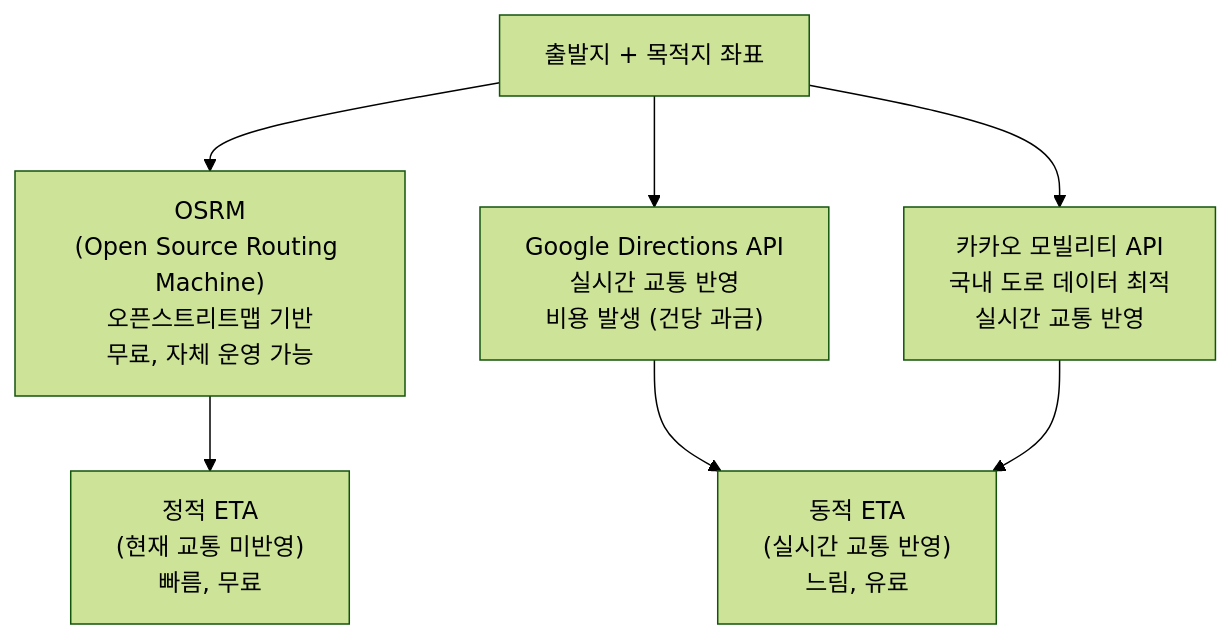
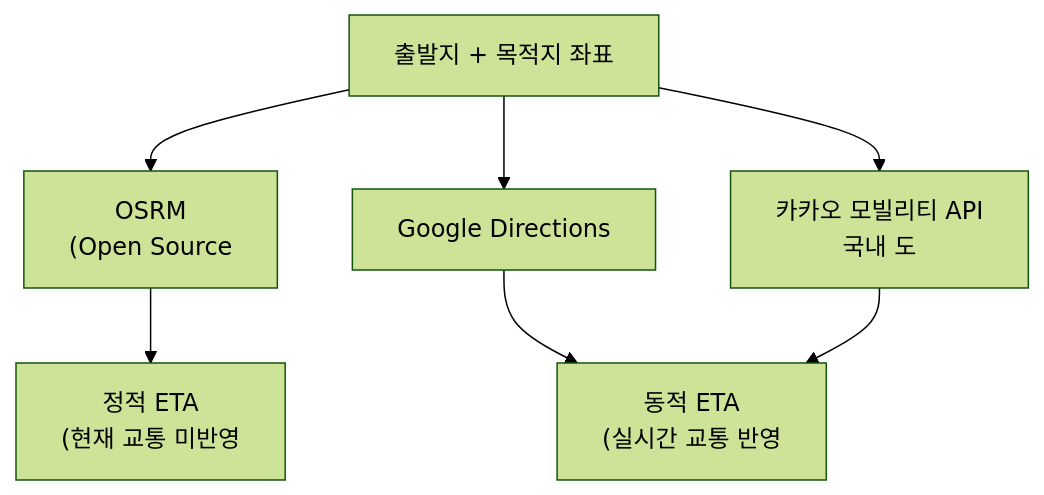
One commit to yjkim2015/yjkim2015.github.io changed the seventh of 9 diagrams in _posts/systemdesign/2026-05-03-system-design-location.md. Above: the diagram before and after it, drawn with Mermaid (forest theme). The commit also changed other lines of this file and 271 other files, not shown here.

First line of the commit message:
Mermaid 라벨 축소: 긴 노드 텍스트 18자 이하로 트림 + \n 제거

````diff
--- a/_posts/systemdesign/2026-05-03-system-design-location.md
+++ b/_posts/systemdesign/2026-05-03-system-design-location.md
@@ -609,10 +609,10 @@
 ```mermaid
 graph TD
     Input["출발지 + 목적지 좌표"]
-    Input --> OSRM["OSRM\n(Open Source Routing Machine)\n오픈스트리트맵 기반\n무료, 자체 운영 가능"]
-    Input --> Google["Google Directions API\n실시간 교통 반영\n비용 발생 (건당 과금)"]
-    Input --> Kakao["카카오 모빌리티 API\n국내 도로 데이터 최적\n실시간 교통 반영"]
-    OSRM --> Static["정적 ETA\n(현재 교통 미반영)\n빠름, 무료"]
-    Google --> Dynamic["동적 ETA\n(실시간 교통 반영)\n느림, 유료"]
+    Input --> OSRM["OSRM\n(Open Source"]
+    Input --> Google["Google Directions"]
+    Input --> Kakao["카카오 모빌리티 API\n국내 도"]
+    OSRM --> Static["정적 ETA\n(현재 교통 미반영"]
+    Google --> Dynamic["동적 ETA\n(실시간 교통 반영"]
     Kakao --> Dynamic
 ```
````
